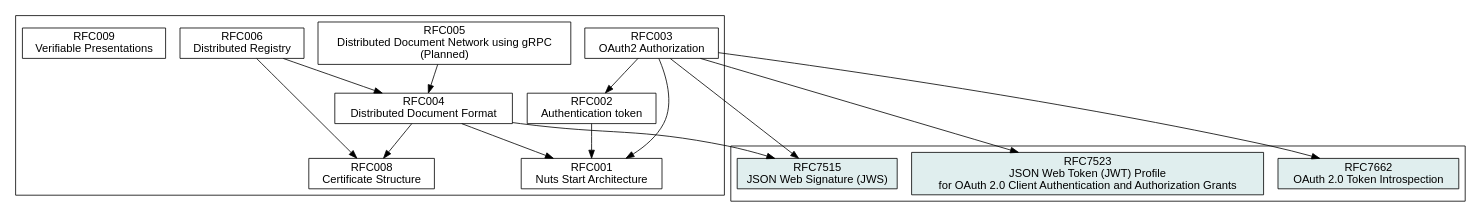
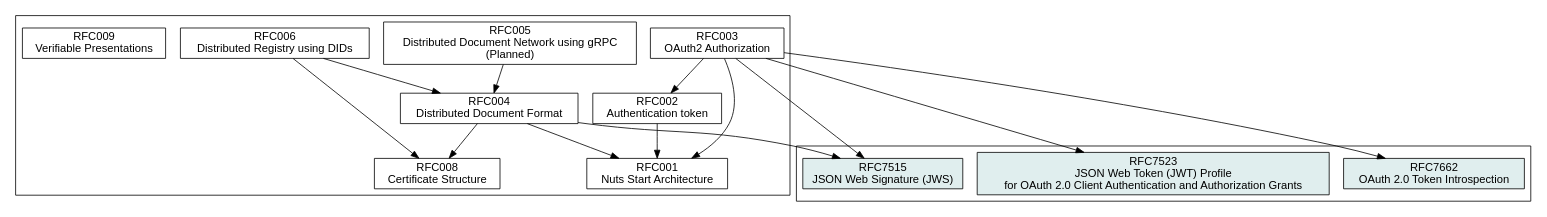
Before and after one commit to nuts-foundation/nuts-specification: the diagram in .gitbook/source/spec-relations.dot, drawn with Graphviz. The commit also changed 6 other files, not shown here.

```diff
--- a/.gitbook/source/spec-relations.dot
+++ b/.gitbook/source/spec-relations.dot
@@ -1,43 +1,43 @@
 digraph D {
     graph [fontname = "helvetica"];
     node [fontname = "helvetica",shape=box];
     edge [fontname = "helvetica"];
     root = RFC001;
     overlap = false;
 
     // Internal RFCs
     subgraph cluster_internal {
         RFC001 [label = "RFC001\nNuts Start Architecture",href = "rfc001-nuts-start-architecture"];
         RFC002 [label = "RFC002\nAuthentication token",href = "rfc002-authentication-token"];
         RFC003 [label = "RFC003\nOAuth2 Authorization",href = "rfc003-oauth2-authorization"];
         RFC004 [label = "RFC004\nDistributed Document Format",href = "rfc004-distributed-document-format"];
         RFC005 [label = "RFC005\nDistributed Document Network using gRPC\n(Planned)",href = "rfc005-distributed-document-network-grpc"];
-        RFC006 [label = "RFC006\nDistributed Registry",href = "rfc006-distributed-registry"];
+        RFC006 [label = "RFC006\nDistributed Registry using DIDs",href = "rfc006-distributed-registry"];
         RFC008 [label = "RFC008\nCertificate Structure",href = "rfc008-certificate-structure"];
         RFC009 [label = "RFC009\nVerifiable Presentations",href = "rfc009-verifiable-presentations"];
     }
 
     // External RFCs
     subgraph cluster_external {
         RFC7662_EXT [label = "RFC7662\nOAuth 2.0 Token Introspection", href = "https://tools.ietf.org/html/rfc7662", fillcolor = azure2, style = filled]
         RFC7523_EXT [label = "RFC7523\nJSON Web Token (JWT) Profile\nfor OAuth 2.0 Client Authentication and Authorization Grants", href = "https://tools.ietf.org/html/rfc7523", fillcolor = azure2, style = filled,]
         RFC7515_EXT [label = "RFC7515\nJSON Web Signature (JWS)", href = "https://tools.ietf.org/html/rfc7515", fillcolor = azure2, style = filled]
     }
 
     RFC002 -> RFC001
 
     RFC003 -> RFC001
     RFC003 -> RFC002
     RFC003 -> RFC7662_EXT
     RFC003 -> RFC7523_EXT
     RFC003 -> RFC7515_EXT
 
     RFC004 -> RFC001
     RFC004 -> RFC7515_EXT
     RFC004 -> RFC008
 
     RFC005 -> RFC004
 
     RFC006 -> RFC004
     RFC006 -> RFC008
 }
```
